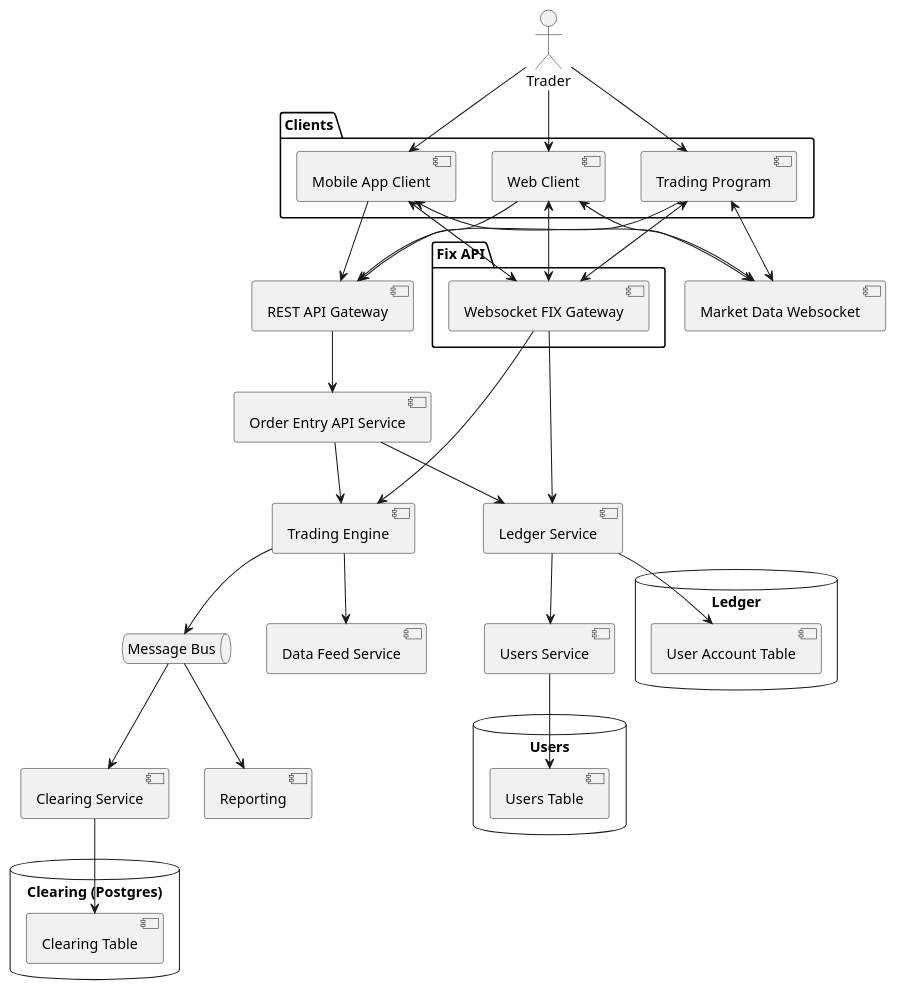
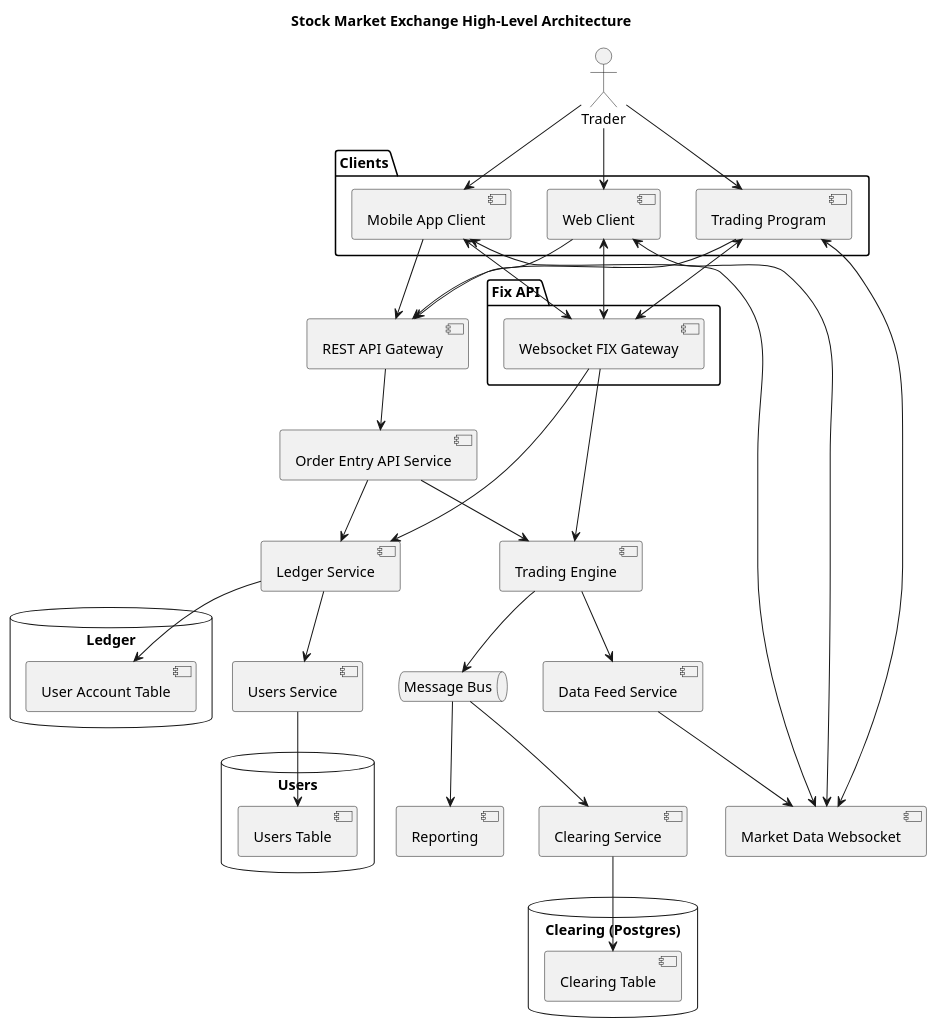
The diagram in stock_exchange/docs/diagrams/src/high_level_system.plantuml (shanebrewer/system_design_questions), drawn with PlantUML before and after one commit. The commit also changed 10 other files, not shown here.

```diff
--- a/stock_exchange/docs/diagrams/src/high_level_system.plantuml
+++ b/stock_exchange/docs/diagrams/src/high_level_system.plantuml
@@ -1,57 +1,59 @@
-@startuml Exchange System Design Architecture
+@startuml exchange_high_level_system_design
+title Stock Market Exchange High-Level Architecture
 actor Trader
 top to bottom direction
 
 package "Clients" {
     Trader --> [Web Client]
     Trader --> [Mobile App Client]
     Trader --> [Trading Program]
 }
 
 [Web Client] --> [REST API Gateway]
 [Mobile App Client] --> [REST API Gateway]
 [Trading Program] --> [REST API Gateway]
 
 
 
 [Web Client] <--> [Market Data Websocket]
 [Mobile App Client] <--> [Market Data Websocket]
 [Trading Program] <--> [Market Data Websocket]
 
 package "Fix API" {
     [Web Client] <--> [Websocket FIX Gateway]
     [Mobile App Client] <--> [Websocket FIX Gateway]
     [Trading Program] <--> [Websocket FIX Gateway]
 }
 
 [REST API Gateway] --> [Order Entry API Service]
 
 [Order Entry API Service] --> [Ledger Service]
 [Order Entry API Service] --> [Trading Engine]
 
 [Websocket FIX Gateway] --> [Ledger Service]
 [Websocket FIX Gateway] --> [Trading Engine]
 
 database "Ledger" {
     [Ledger Service] --> [User Account Table]
 }
 
 [Ledger Service] --> [Users Service]
 
 database "Users" {
     [Users Service] --> [Users Table]
 }
 
 queue "Message Bus"
 
 [Trading Engine] --> [Message Bus]
 [Trading Engine] --> [Data Feed Service]
+[Data Feed Service] --> [Market Data Websocket]
 
 [Message Bus] --> [Reporting]
 [Message Bus] --> [Clearing Service]
 
 database "Clearing (Postgres)" {
     [Clearing Service] --> [Clearing Table]
 }
 
 @enduml
```
